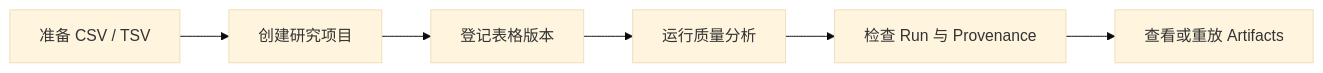
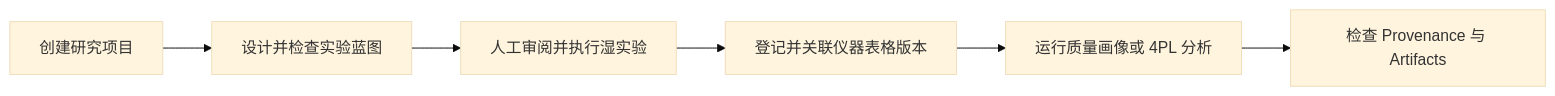
The diagram in docs/science/01-deployment-and-workflow.md (insight68/ScienceX), drawn with Mermaid (base theme) before and after one commit. The commit also changed other lines of this file and 29 other files, not shown here.

````diff
--- a/docs/science/01-deployment-and-workflow.md
+++ b/docs/science/01-deployment-and-workflow.md
@@ -123,8 +123,8 @@
 ```mermaid
 flowchart LR
-  A["准备 CSV / TSV"] --> B["创建研究项目"]
-  B --> C["登记表格版本"]
-  C --> D["运行质量分析"]
-  D --> E["检查 Run 与 Provenance"]
-  E --> F["查看或重放 Artifacts"]
+  A["创建研究项目"] --> B["设计并检查实验蓝图"]
+  B --> C["人工审阅并执行湿实验"]
+  C --> D["登记并关联仪器表格版本"]
+  D --> E["运行质量画像或 4PL 分析"]
+  E --> F["检查 Provenance 与 Artifacts"]
 ```
````
